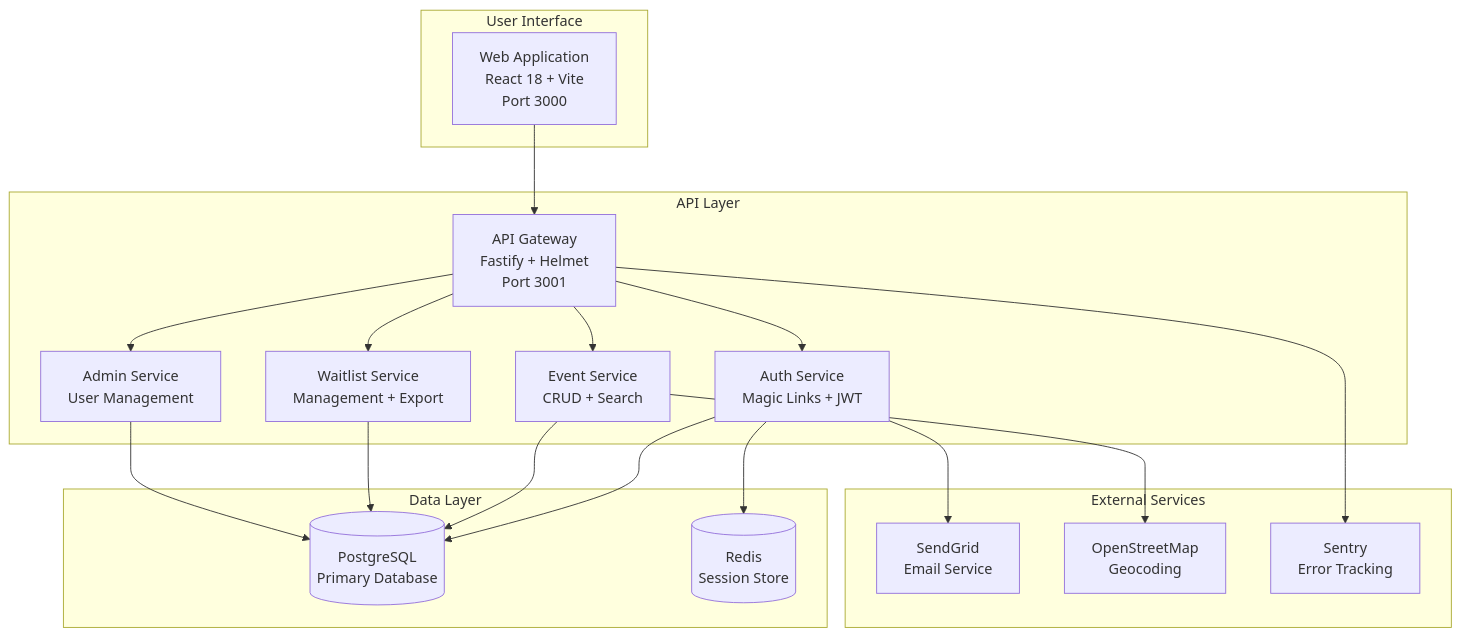
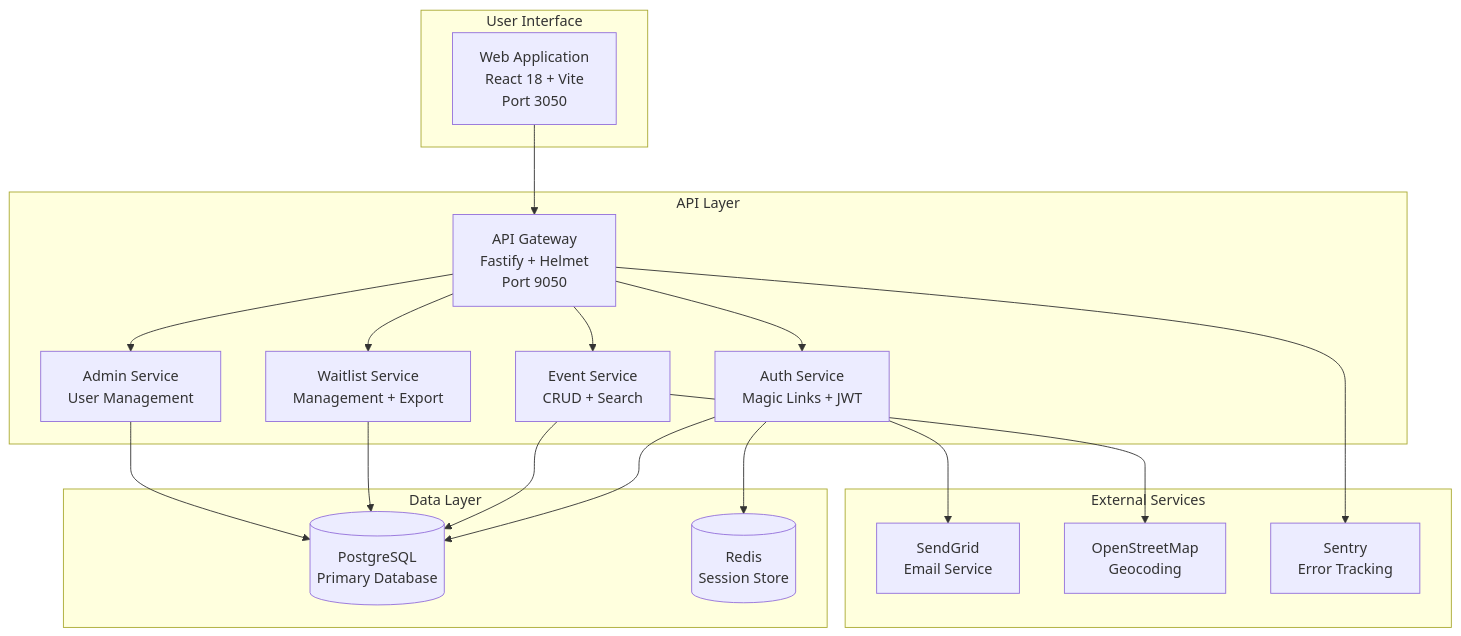
The second of 3 diagrams in docs/architecture.md (aviranmz/Linea), drawn with Mermaid before and after one commit. The commit also changed 207 other files, not shown here.

````diff
--- a/docs/architecture.md
+++ b/docs/architecture.md
@@ -42,41 +42,41 @@
 ```mermaid
 graph TB
     subgraph "User Interface"
-        WEB[Web Application<br/>React 18 + Vite<br/>Port 3000]
+        WEB[Web Application<br/>React 18 + Vite<br/>Port 3050]
     end
     
     subgraph "API Layer"
-        GATEWAY[API Gateway<br/>Fastify + Helmet<br/>Port 3001]
+        GATEWAY[API Gateway<br/>Fastify + Helmet<br/>Port 9050]
         AUTH[Auth Service<br/>Magic Links + JWT]
         EVENTS[Event Service<br/>CRUD + Search]
         WAITLIST[Waitlist Service<br/>Management + Export]
         ADMIN[Admin Service<br/>User Management]
     end
     
     subgraph "Data Layer"
         POSTGRES[(PostgreSQL<br/>Primary Database)]
         REDIS[(Redis<br/>Session Store)]
     end
     
     subgraph "External Services"
         SENDGRID[SendGrid<br/>Email Service]
         OSM[OpenStreetMap<br/>Geocoding]
         SENTRY[Sentry<br/>Error Tracking]
     end
     
     WEB --> GATEWAY
     GATEWAY --> AUTH
     GATEWAY --> EVENTS
     GATEWAY --> WAITLIST
     GATEWAY --> ADMIN
     
     AUTH --> POSTGRES
     AUTH --> REDIS
     EVENTS --> POSTGRES
     WAITLIST --> POSTGRES
     ADMIN --> POSTGRES
     
     AUTH --> SENDGRID
     EVENTS --> OSM
     GATEWAY --> SENTRY
 ```
````
